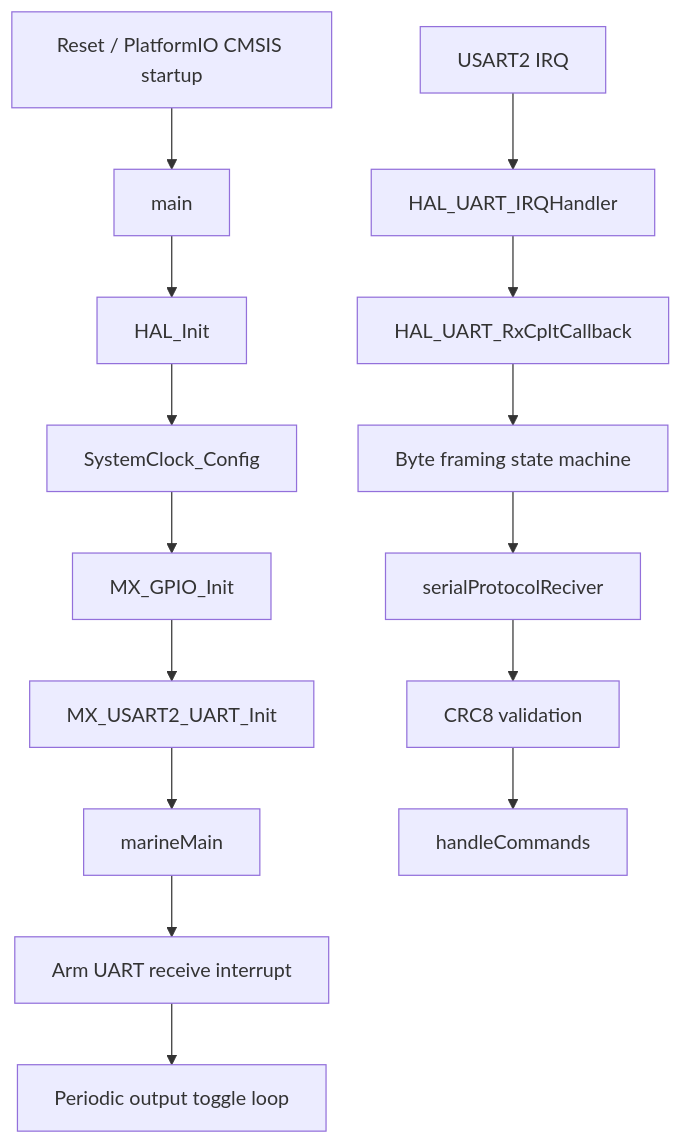
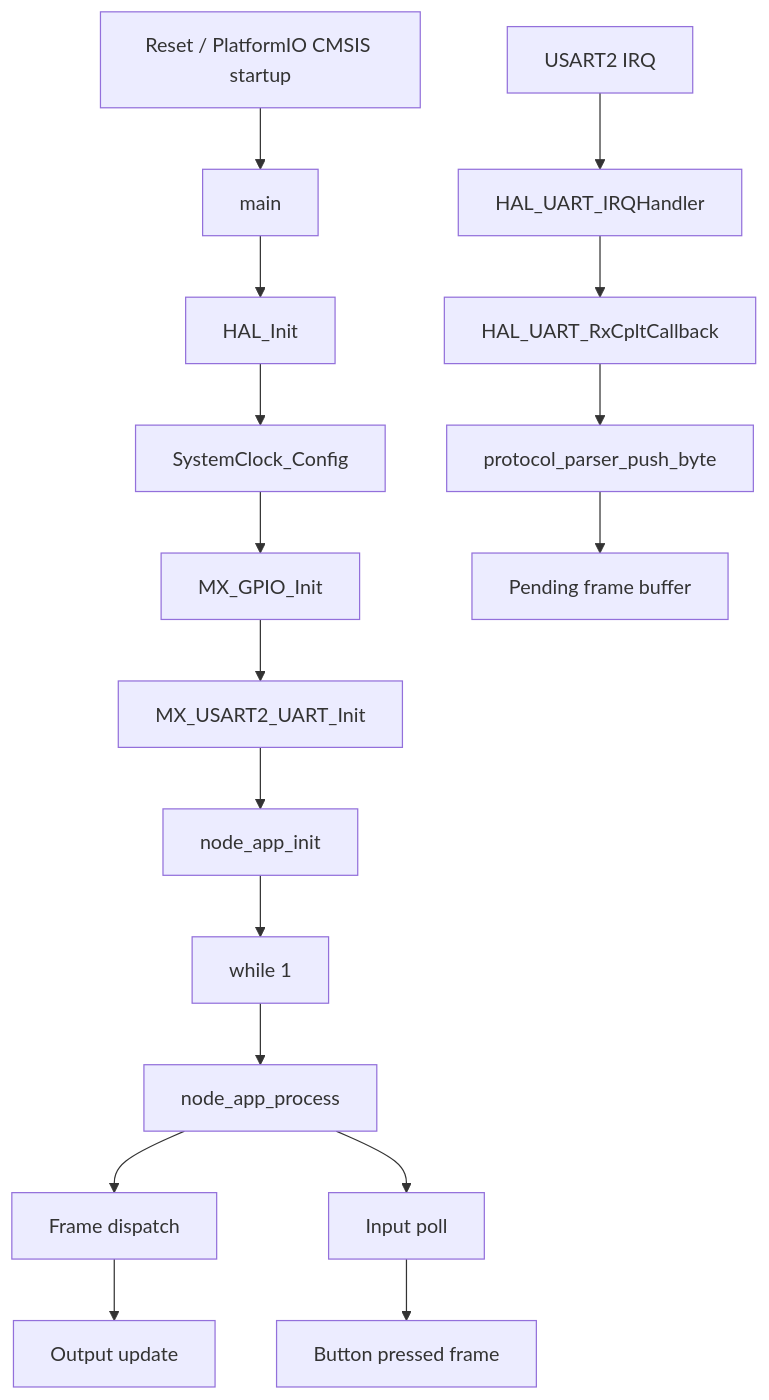
One commit to minigubben/marine_power_system changed the diagram in docs/client-code-flow.md. Above: the diagram before and after it, drawn with Mermaid. The commit also changed other lines of this file and 24 other files, not shown here.

````diff
--- a/docs/client-code-flow.md
+++ b/docs/client-code-flow.md
@@ -38,17 +47,19 @@
 ```mermaid
 flowchart TD
     A[Reset / PlatformIO CMSIS startup] --> B[main]
     B --> C[HAL_Init]
     C --> D[SystemClock_Config]
     D --> E[MX_GPIO_Init]
     E --> F[MX_USART2_UART_Init]
-    F --> G[marineMain]
-    G --> H[Arm UART receive interrupt]
-    H --> I[Periodic output toggle loop]
+    F --> G[node_app_init]
+    G --> H[while 1]
+    H --> I[node_app_process]
     J[USART2 IRQ] --> K[HAL_UART_IRQHandler]
     K --> L[HAL_UART_RxCpltCallback]
-    L --> M[Byte framing state machine]
-    M --> N[serialProtocolReciver]
-    N --> O[CRC8 validation]
-    O --> P[handleCommands]
+    L --> M[protocol_parser_push_byte]
+    M --> N[Pending frame buffer]
+    I --> O[Frame dispatch]
+    O --> P[Output update]
+    I --> Q[Input poll]
+    Q --> R[Button pressed frame]
 ```
````
